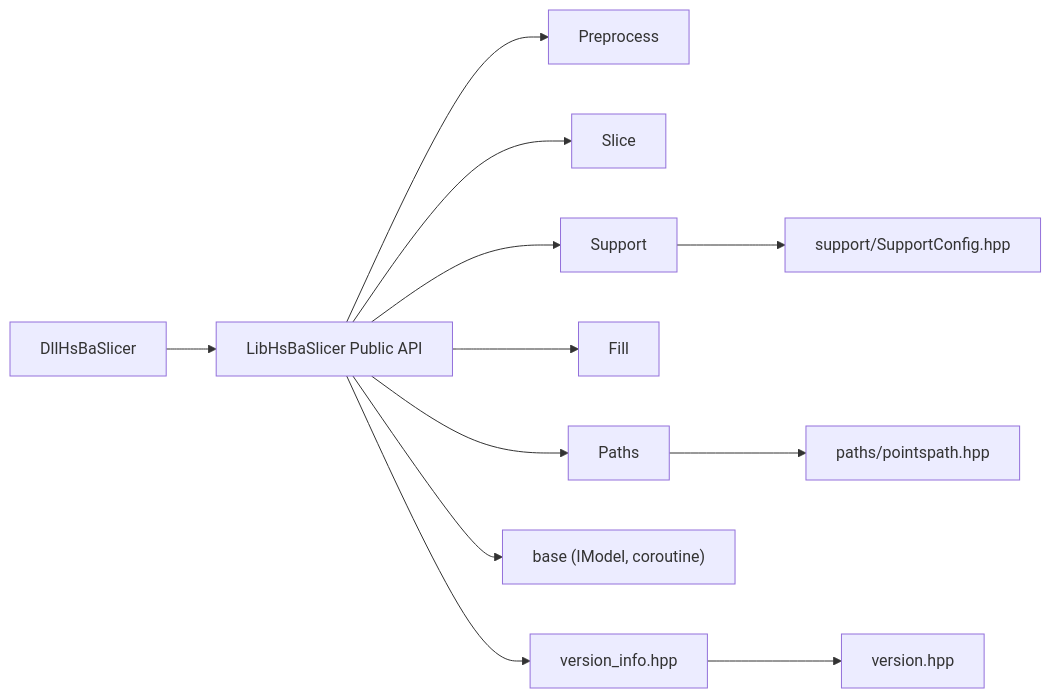
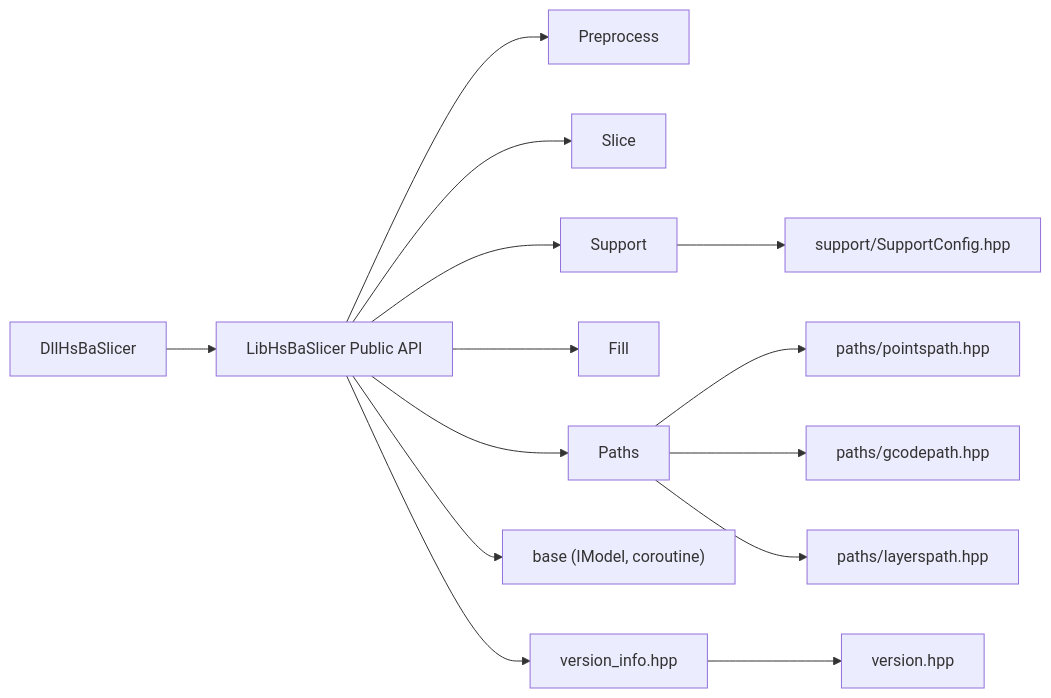
One commit to hsmbanlance/HsBaSlicer changed the eighth of 8 diagrams in .qoder/repowiki/en/content/Core Architecture/FDM Pipeline System.md. Above: the diagram before and after it, drawn with Mermaid. The commit also changed other lines of this file and 9 other files, not shown here.

````diff
--- a/.qoder/repowiki/en/content/Core Architecture/FDM Pipeline System.md
+++ b/.qoder/repowiki/en/content/Core Architecture/FDM Pipeline System.md
@@ -494,14 +630,16 @@
 ```mermaid
 graph LR
 Dll["DllHsBaSlicer"] --> Lib["LibHsBaSlicer Public API"]
 Lib --> Pre["Preprocess"]
 Lib --> Slc["Slice"]
 Lib --> Sup["Support"]
 Lib --> Fil["Fill"]
 Lib --> Pth["Paths"]
 Lib --> Base["base (IModel, coroutine)"]
 Pth --> PP["paths/pointspath.hpp"]
+Pth --> GP["paths/gcodepath.hpp"]
+Pth --> LP["paths/layerspath.hpp"]
 Sup --> SC["support/SupportConfig.hpp"]
 Lib --> VI["version_info.hpp"]
 VI --> VS["version.hpp"]
 ```
````
